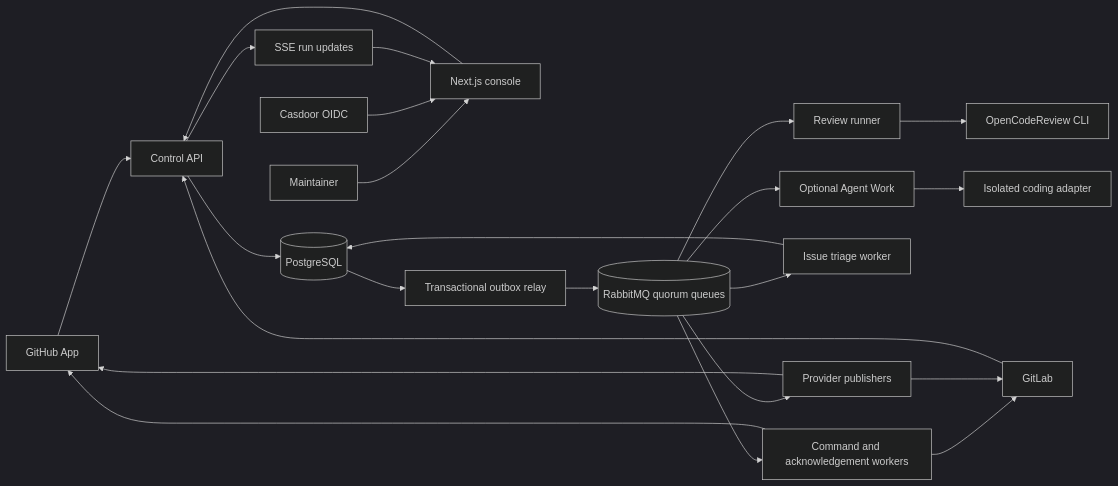
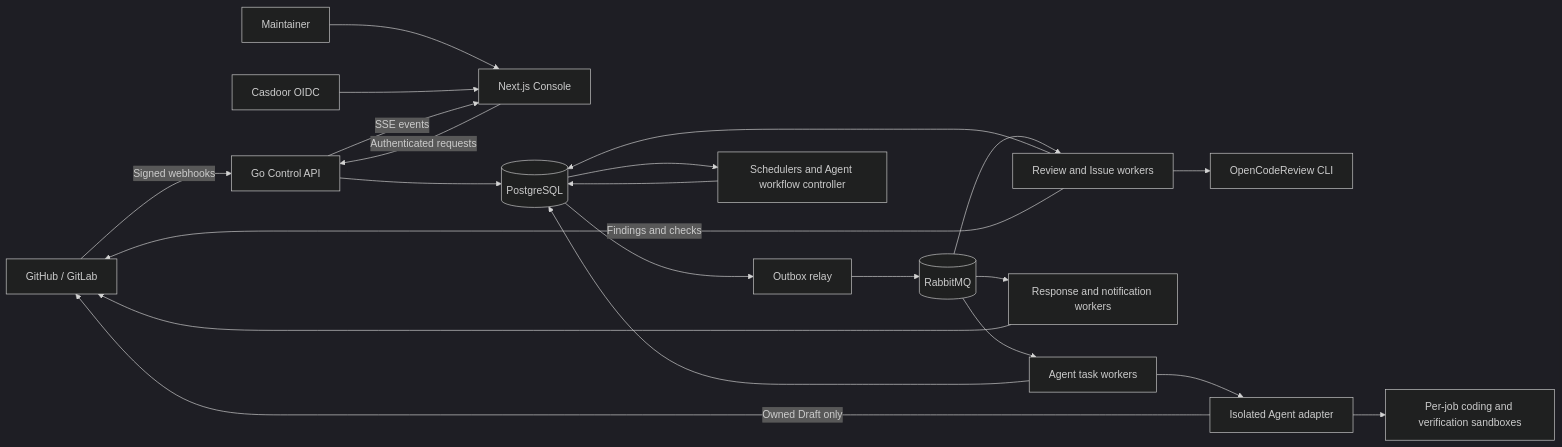
The first of 2 diagrams in README.md (RainLib/open-review-platform), drawn with Mermaid (dark theme) before and after one commit. The commit also changed other lines of this file and 18 other files, not shown here.

Commit message:
docs: document architecture and open source setup in English and Chinese

````diff
--- a/README.md
+++ b/README.md
@@ -24,25 +27,24 @@
 ```mermaid
 flowchart LR
-  GH[GitHub App] --> API[Control API]
-  GL[GitLab] --> API
-  USER[Maintainer] --> WEB[Next.js console]
-  CAS[Casdoor OIDC] --> WEB
-  WEB --> API
-  API --> PG[(PostgreSQL)]
-  PG --> OUT[Transactional outbox relay]
-  OUT --> MQ[(RabbitMQ quorum queues)]
-  MQ --> ACK[Command and acknowledgement workers]
-  MQ --> REVIEW[Review runner]
-  MQ --> ISSUE[Issue triage worker]
-  MQ --> PUB[Provider publishers]
-  MQ --> AGENT[Optional Agent Work]
+  PROVIDER[GitHub / GitLab] -->|Signed webhooks| API[Go Control API]
+  USER[Maintainer] --> WEB[Next.js Console]
+  OIDC[Casdoor OIDC] --> WEB
+  WEB -->|Authenticated requests| API
+  API --> DB[(PostgreSQL)]
+  DB --> OUTBOX[Outbox relay]
+  OUTBOX --> MQ[(RabbitMQ)]
+  MQ --> REVIEW[Review and Issue workers]
+  MQ --> PUBLISH[Response and notification workers]
   REVIEW --> OCR[OpenCodeReview CLI]
-  AGENT --> SANDBOX[Isolated coding adapter]
-  ACK --> GH
-  ACK --> GL
-  PUB --> GH
-  PUB --> GL
-  ISSUE --> PG
-  API --> SSE[SSE run updates]
-  SSE --> WEB
+  REVIEW --> DB
+  REVIEW -->|Findings and checks| PROVIDER
+  PUBLISH --> PROVIDER
+  DB --> CONTROL[Schedulers and Agent workflow controller]
+  MQ --> AGENT[Agent task workers]
+  CONTROL --> DB
+  AGENT --> ADAPTER[Isolated Agent adapter]
+  ADAPTER --> SANDBOX[Per-job coding and verification sandboxes]
+  ADAPTER -->|Owned Draft only| PROVIDER
+  AGENT --> DB
+  API -->|SSE events| WEB
 ```
````
